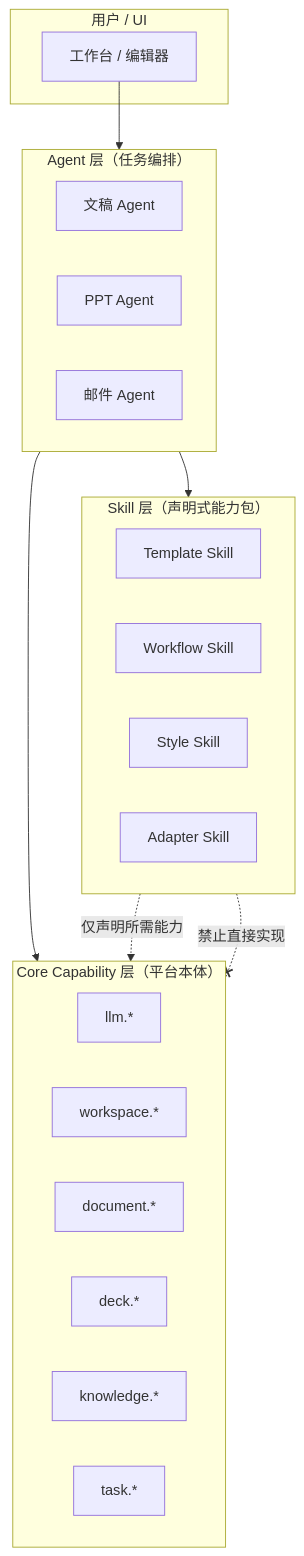
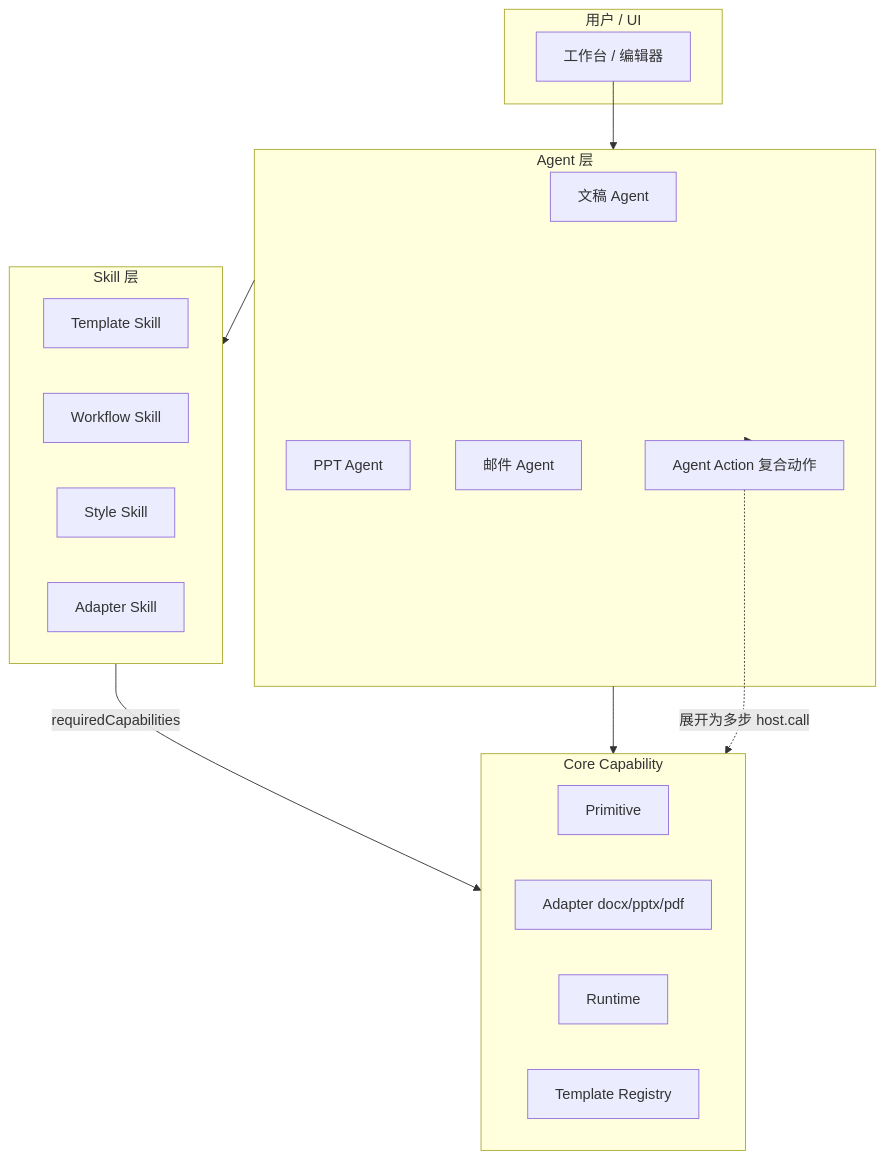
The diagram in docs/AI_OFFICE_SKILL_BOUNDARY_DESIGN.md (JelenaJing/ai-office-public-review), drawn with Mermaid before and after one commit. The commit also changed other lines of this file and 1 other file, not shown here.

Commit message:
docs: refine core capability granularity

````diff
--- a/docs/AI_OFFICE_SKILL_BOUNDARY_DESIGN.md
+++ b/docs/AI_OFFICE_SKILL_BOUNDARY_DESIGN.md
@@ -11,34 +11,34 @@
 ```mermaid
 flowchart TB
   subgraph UserLayer["用户 / UI"]
     UI[工作台 / 编辑器]
   end
 
-  subgraph AgentLayer["Agent 层（任务编排）"]
+  subgraph AgentLayer["Agent 层"]
     DocAgent[文稿 Agent]
     PptAgent[PPT Agent]
     MailAgent[邮件 Agent]
+    AA[Agent Action 复合动作]
   end
 
-  subgraph SkillLayer["Skill 层（声明式能力包）"]
+  subgraph SkillLayer["Skill 层"]
     TS[Template Skill]
     WS[Workflow Skill]
     SS[Style Skill]
     AS[Adapter Skill]
   end
 
-  subgraph CoreLayer["Core Capability 层（平台本体）"]
-    LLM[llm.*]
-    WS2[workspace.*]
-    DOC[document.*]
-    DECK[deck.*]
-    KB[knowledge.*]
-    TASK[task.*]
+  subgraph Core["Core Capability"]
+    P[Primitive]
+    Ad[Adapter docx/pptx/pdf]
+    R[Runtime]
+    Reg[Template Registry]
   end
 
   UI --> AgentLayer
+  AgentLayer --> AA
   AgentLayer --> SkillLayer
-  AgentLayer --> CoreLayer
-  SkillLayer -.->|仅声明所需能力| CoreLayer
-  SkillLayer -.-x|禁止直接实现| CoreLayer
+  SkillLayer -->|requiredCapabilities| Core
+  AgentLayer --> Core
+  AA -.->|展开为多步 host.call| Core
 ```
````
